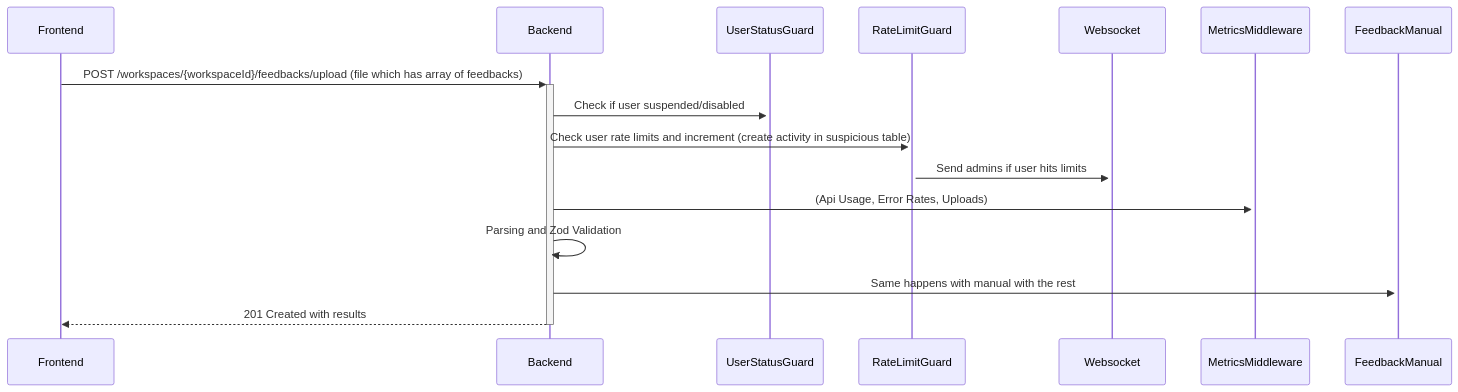
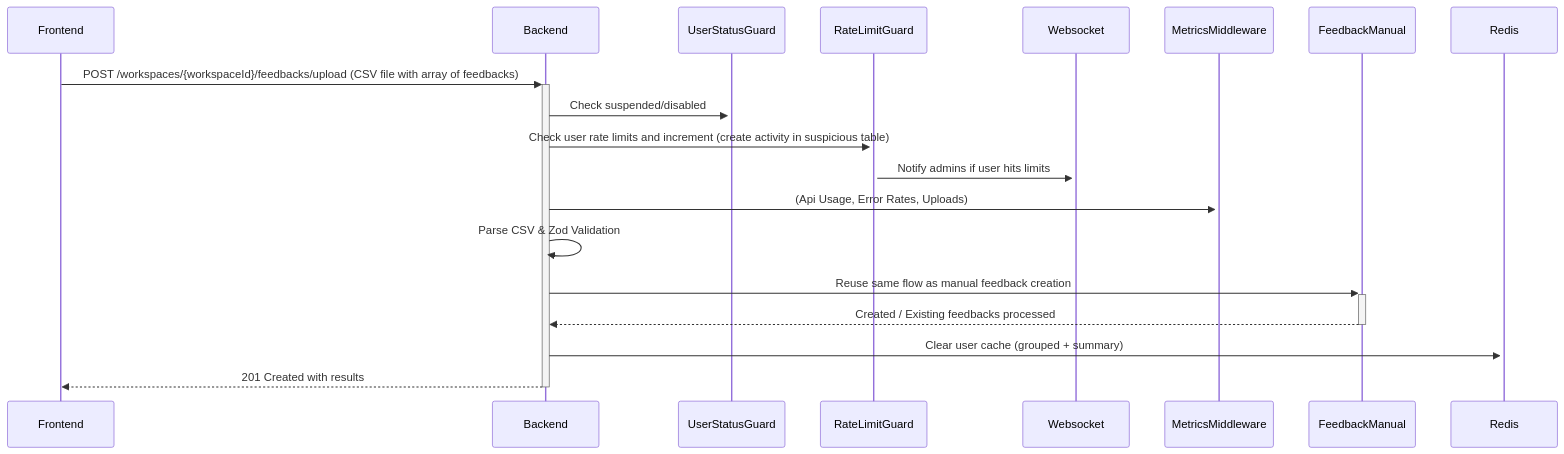
Before and after one commit to Xayrulloh/Feedback-Sentiment: the fourth of 28 diagrams in README.md, drawn with Mermaid. The commit also changed other lines of this file, not shown here.

````diff
--- a/README.md
+++ b/README.md
@@ -183,11 +179,13 @@
 ```mermaid
 sequenceDiagram
-    Frontend->>+Backend: POST /workspaces/{workspaceId}/feedbacks/upload (file which has array of feedbacks)
-    Backend->>+UserStatusGuard: Check if user suspended/disabled
+    Frontend->>+Backend: POST /workspaces/{workspaceId}/feedbacks/upload (CSV file with array of feedbacks)
+    Backend->>+UserStatusGuard: Check suspended/disabled
     Backend->>+RateLimitGuard: Check user rate limits and increment (create activity in suspicious table)
-    RateLimitGuard->>+Websocket: Send admins if user hits limits
+    RateLimitGuard->>+Websocket: Notify admins if user hits limits
     Backend->>+MetricsMiddleware: (Api Usage, Error Rates, Uploads)
-    Backend->>Backend: Parsing and Zod Validation
-    Backend->>+FeedbackManual: Same happens with manual with the rest
+    Backend->>Backend: Parse CSV & Zod Validation
+    Backend->>+FeedbackManual: Reuse same flow as manual feedback creation
+    FeedbackManual-->>-Backend: Created / Existing feedbacks processed
+    Backend->>+Redis: Clear user cache (grouped + summary)
     Backend-->>-Frontend: 201 Created with results
 ```
````
